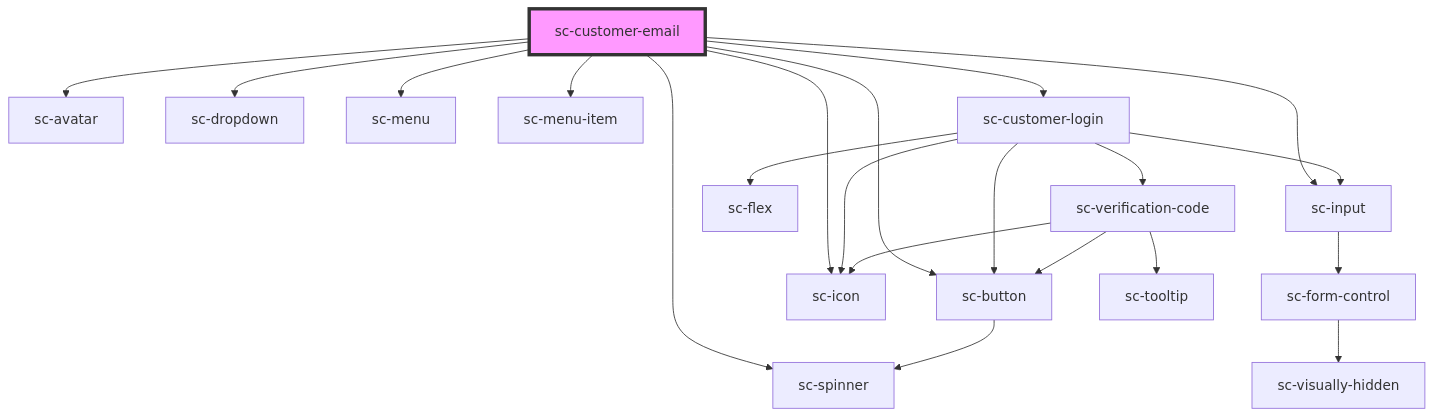
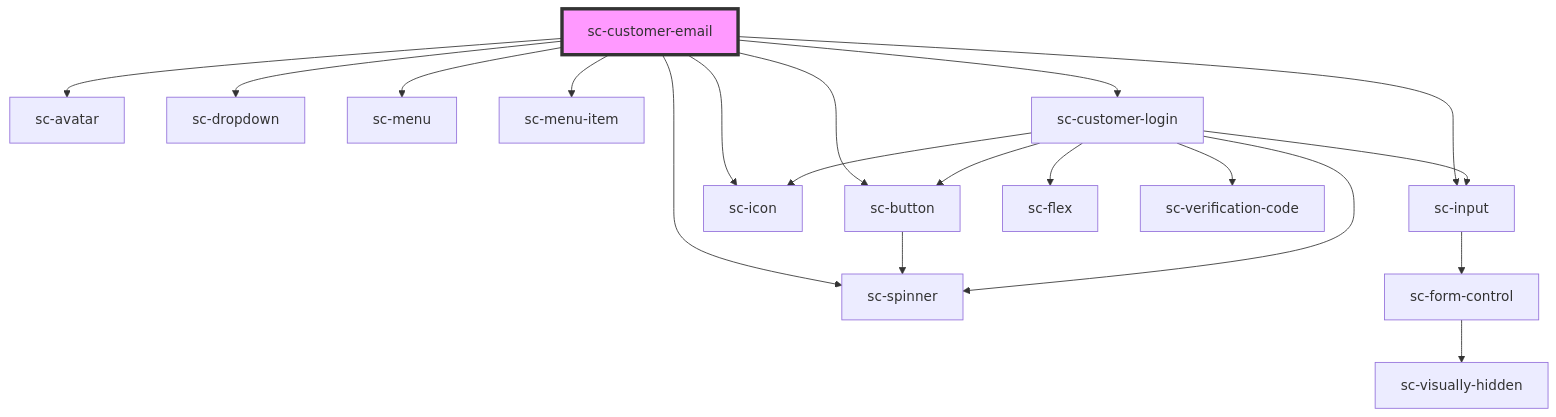
The diagram in packages/components/src/components/controllers/checkout-form/customer-email/readme.md (surecart/surecart-wp-plugin), drawn with Mermaid before and after one commit. The commit also changed 13 other files, not shown here.

````diff
--- a/packages/components/src/components/controllers/checkout-form/customer-email/readme.md
+++ b/packages/components/src/components/controllers/checkout-form/customer-email/readme.md
@@ -70,24 +70,22 @@
 ```mermaid
 graph TD;
   sc-customer-email --> sc-avatar
   sc-customer-email --> sc-dropdown
   sc-customer-email --> sc-button
   sc-customer-email --> sc-icon
   sc-customer-email --> sc-menu
   sc-customer-email --> sc-menu-item
   sc-customer-email --> sc-customer-login
   sc-customer-email --> sc-input
   sc-customer-email --> sc-spinner
   sc-button --> sc-spinner
+  sc-customer-login --> sc-icon
   sc-customer-login --> sc-flex
   sc-customer-login --> sc-input
   sc-customer-login --> sc-button
-  sc-customer-login --> sc-icon
   sc-customer-login --> sc-verification-code
+  sc-customer-login --> sc-spinner
   sc-input --> sc-form-control
   sc-form-control --> sc-visually-hidden
-  sc-verification-code --> sc-tooltip
-  sc-verification-code --> sc-button
-  sc-verification-code --> sc-icon
   style sc-customer-email fill:#f9f,stroke:#333,stroke-width:4px
 ```
````
